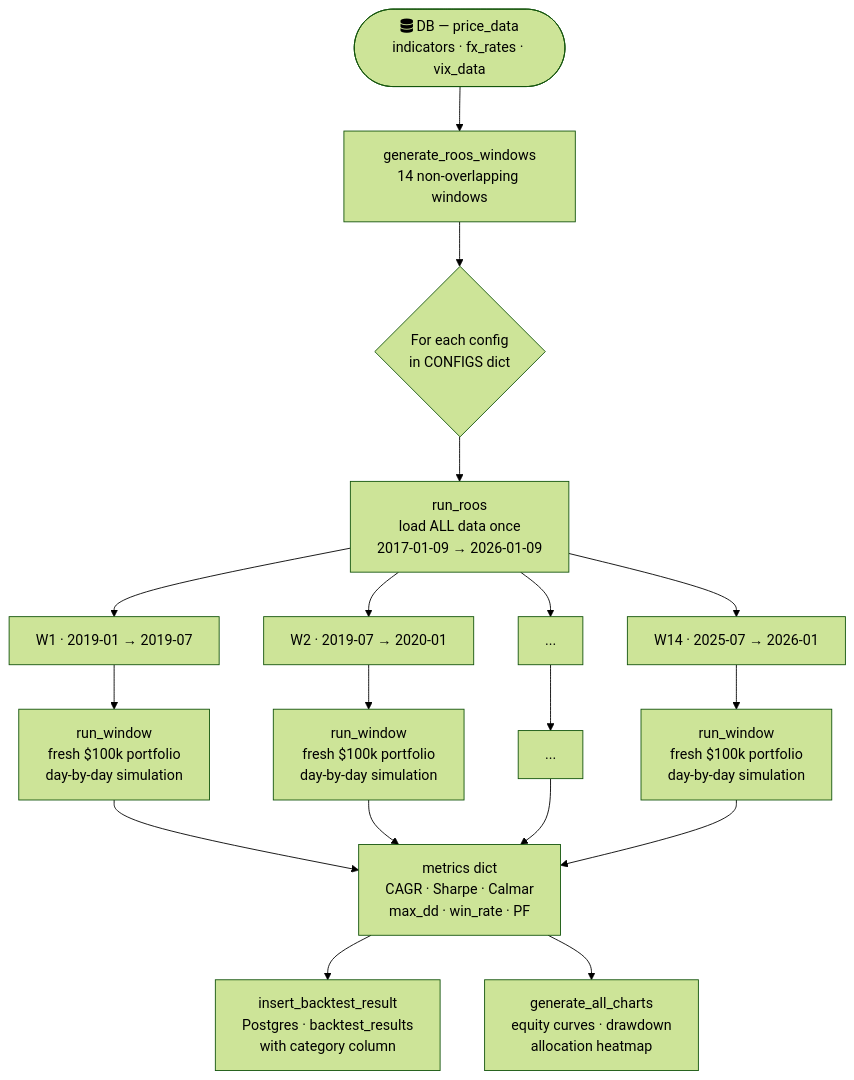
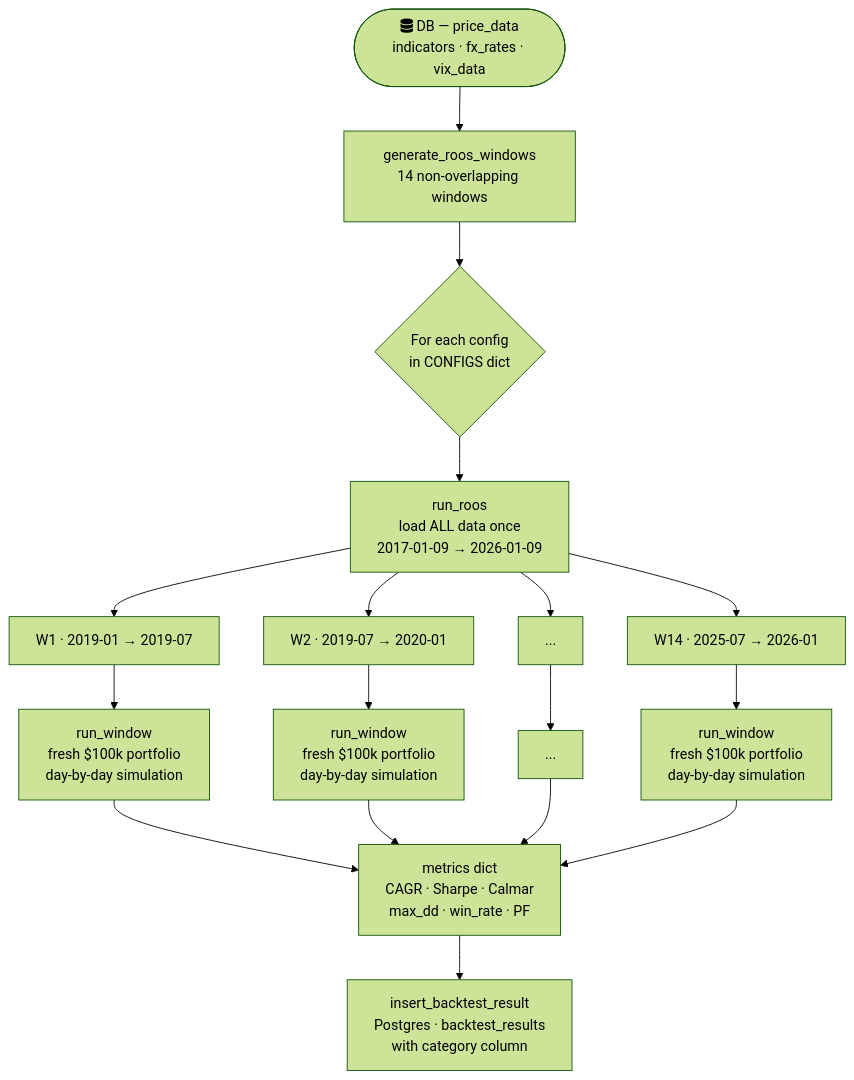
One commit to imkkapoor/kairos changed the first of 3 diagrams in ROOS_EXPLAINER.md. Above: the diagram before and after it, drawn with Mermaid (forest theme). The commit also changed other lines of this file and 16 other files, not shown here.

Commit message:
Phase-4.3: Update charting ways and fix risk deadlocks

````diff
--- a/ROOS_EXPLAINER.md
+++ b/ROOS_EXPLAINER.md
@@ -56,28 +56,27 @@
 ```mermaid
 flowchart TD
     A([fa:fa-database DB — price_data\nindicators · fx_rates · vix_data]) --> B
 
     B[generate_roos_windows\n14 non-overlapping windows]
 
     B --> C{For each config\nin CONFIGS dict}
 
     C --> D[run_roos\nload ALL data once\n2017-01-09 → 2026-01-09]
 
     D --> E1[W1 · 2019-01 → 2019-07]
     D --> E2[W2 · 2019-07 → 2020-01]
     D --> E3[...]
     D --> E14[W14 · 2025-07 → 2026-01]
 
     E1 --> F1[run_window\nfresh $100k portfolio\nday-by-day simulation]
     E2 --> F2[run_window\nfresh $100k portfolio\nday-by-day simulation]
     E3 --> F3[...]
     E14 --> F14[run_window\nfresh $100k portfolio\nday-by-day simulation]
 
     F1 --> G[metrics dict\nCAGR · Sharpe · Calmar\nmax_dd · win_rate · PF]
     F2 --> G
     F3 --> G
     F14 --> G
 
     G --> H[insert_backtest_result\nPostgres · backtest_results\nwith category column]
-    G --> I[generate_all_charts\nequity curves · drawdown\nallocation heatmap]
 ```
````
